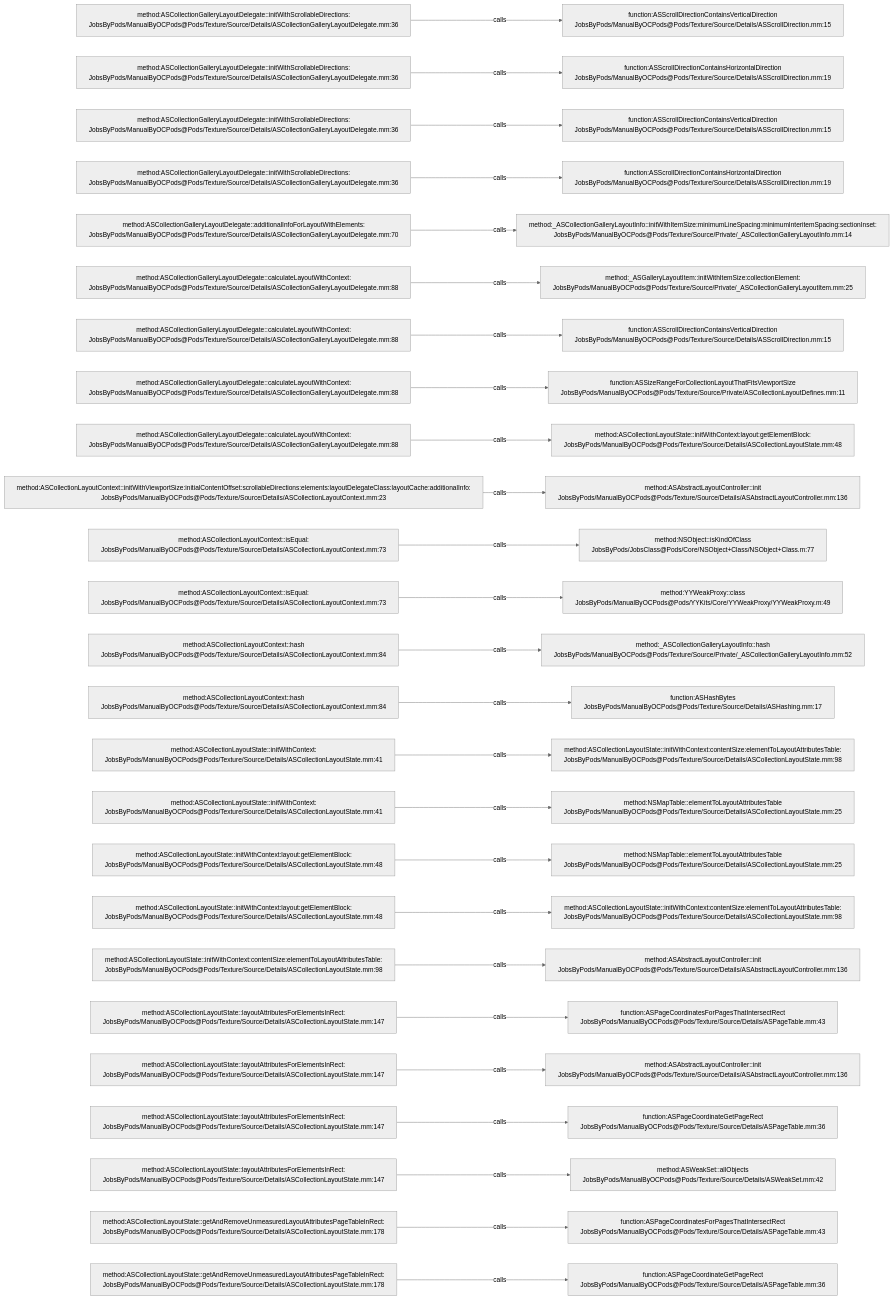
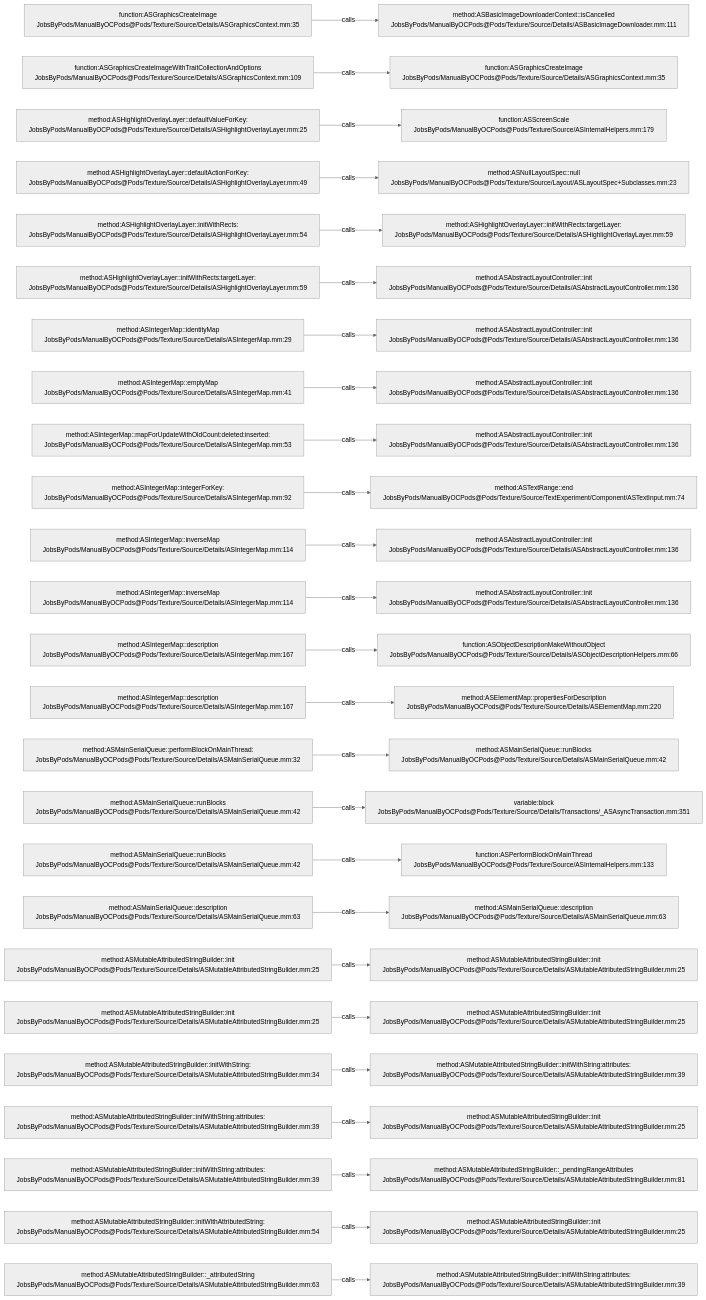
One commit to JobsKits/JobsOCBaseConfigDemo changed the diagram in .codegraph/codegraph.md/graphs/calls-150.md. Above: the diagram before and after it, drawn with Mermaid (neutral theme). The commit also changed 1448 other files, not shown here.

````diff
--- a/.codegraph/codegraph.md/graphs/calls-150.md
+++ b/.codegraph/codegraph.md/graphs/calls-150.md
@@ -13,78 +13,78 @@
 ```mermaid
 flowchart LR
-  S1["method:ASCollectionGalleryLayoutDelegate::initWithScrollableDirections:<br/>JobsByPods/ManualByOCPods@Pods/Texture/Source/Details/ASCollectionGalleryLayoutDelegate.mm:36"]
-  T1["function:ASScrollDirectionContainsVerticalDirection<br/>JobsByPods/ManualByOCPods@Pods/Texture/Source/Details/ASScrollDirection.mm:15"]
+  S1["function:ASGraphicsCreateImage<br/>JobsByPods/ManualByOCPods@Pods/Texture/Source/Details/ASGraphicsContext.mm:35"]
+  T1["method:ASBasicImageDownloaderContext::isCancelled<br/>JobsByPods/ManualByOCPods@Pods/Texture/Source/Details/ASBasicImageDownloader.mm:111"]
   S1 -->|calls| T1
-  S2["method:ASCollectionGalleryLayoutDelegate::initWithScrollableDirections:<br/>JobsByPods/ManualByOCPods@Pods/Texture/Source/Details/ASCollectionGalleryLayoutDelegate.mm:36"]
-  T2["function:ASScrollDirectionContainsHorizontalDirection<br/>JobsByPods/ManualByOCPods@Pods/Texture/Source/Details/ASScrollDirection.mm:19"]
+  S2["function:ASGraphicsCreateImageWithTraitCollectionAndOptions<br/>JobsByPods/ManualByOCPods@Pods/Texture/Source/Details/ASGraphicsContext.mm:109"]
+  T2["function:ASGraphicsCreateImage<br/>JobsByPods/ManualByOCPods@Pods/Texture/Source/Details/ASGraphicsContext.mm:35"]
   S2 -->|calls| T2
-  S3["method:ASCollectionGalleryLayoutDelegate::initWithScrollableDirections:<br/>JobsByPods/ManualByOCPods@Pods/Texture/Source/Details/ASCollectionGalleryLayoutDelegate.mm:36"]
-  T3["function:ASScrollDirectionContainsVerticalDirection<br/>JobsByPods/ManualByOCPods@Pods/Texture/Source/Details/ASScrollDirection.mm:15"]
+  S3["method:ASHighlightOverlayLayer::defaultValueForKey:<br/>JobsByPods/ManualByOCPods@Pods/Texture/Source/Details/ASHighlightOverlayLayer.mm:25"]
+  T3["function:ASScreenScale<br/>JobsByPods/ManualByOCPods@Pods/Texture/Source/ASInternalHelpers.mm:179"]
   S3 -->|calls| T3
-  S4["method:ASCollectionGalleryLayoutDelegate::initWithScrollableDirections:<br/>JobsByPods/ManualByOCPods@Pods/Texture/Source/Details/ASCollectionGalleryLayoutDelegate.mm:36"]
-  T4["function:ASScrollDirectionContainsHorizontalDirection<br/>JobsByPods/ManualByOCPods@Pods/Texture/Source/Details/ASScrollDirection.mm:19"]
+  S4["method:ASHighlightOverlayLayer::defaultActionForKey:<br/>JobsByPods/ManualByOCPods@Pods/Texture/Source/Details/ASHighlightOverlayLayer.mm:49"]
+  T4["method:ASNullLayoutSpec::null<br/>JobsByPods/ManualByOCPods@Pods/Texture/Source/Layout/ASLayoutSpec+Subclasses.mm:23"]
   S4 -->|calls| T4
-  S5["method:ASCollectionGalleryLayoutDelegate::additionalInfoForLayoutWithElements:<br/>JobsByPods/ManualByOCPods@Pods/Texture/Source/Details/ASCollectionGalleryLayoutDelegate.mm:70"]
-  T5["method:_ASCollectionGalleryLayoutInfo::initWithItemSize:minimumLineSpacing:minimumInteritemSpacing:sectionInset:<br/>JobsByPods/ManualByOCPods@Pods/Texture/Source/Private/_ASCollectionGalleryLayoutInfo.mm:14"]
+  S5["method:ASHighlightOverlayLayer::initWithRects:<br/>JobsByPods/ManualByOCPods@Pods/Texture/Source/Details/ASHighlightOverlayLayer.mm:54"]
+  T5["method:ASHighlightOverlayLayer::initWithRects:targetLayer:<br/>JobsByPods/ManualByOCPods@Pods/Texture/Source/Details/ASHighlightOverlayLayer.mm:59"]
   S5 -->|calls| T5
-  S6["method:ASCollectionGalleryLayoutDelegate::calculateLayoutWithContext:<br/>JobsByPods/ManualByOCPods@Pods/Texture/Source/Details/ASCollectionGalleryLayoutDelegate.mm:88"]
-  T6["method:_ASGalleryLayoutItem::initWithItemSize:collectionElement:<br/>JobsByPods/ManualByOCPods@Pods/Texture/Source/Private/_ASCollectionGalleryLayoutItem.mm:25"]
+  S6["method:ASHighlightOverlayLayer::initWithRects:targetLayer:<br/>JobsByPods/ManualByOCPods@Pods/Texture/Source/Details/ASHighlightOverlayLayer.mm:59"]
+  T6["method:ASAbstractLayoutController::init<br/>JobsByPods/ManualByOCPods@Pods/Texture/Source/Details/ASAbstractLayoutController.mm:136"]
   S6 -->|calls| T6
-  S7["method:ASCollectionGalleryLayoutDelegate::calculateLayoutWithContext:<br/>JobsByPods/ManualByOCPods@Pods/Texture/Source/Details/ASCollectionGalleryLayoutDelegate.mm:88"]
-  T7["function:ASScrollDirectionContainsVerticalDirection<br/>JobsByPods/ManualByOCPods@Pods/Texture/Source/Details/ASScrollDirection.mm:15"]
+  S7["method:ASIntegerMap::identityMap<br/>JobsByPods/ManualByOCPods@Pods/Texture/Source/Details/ASIntegerMap.mm:29"]
+  T7["method:ASAbstractLayoutController::init<br/>JobsByPods/ManualByOCPods@Pods/Texture/Source/Details/ASAbstractLayoutController.mm:136"]
   S7 -->|calls| T7
-  S8["method:ASCollectionGalleryLayoutDelegate::calculateLayoutWithContext:<br/>JobsByPods/ManualByOCPods@Pods/Texture/Source/Details/ASCollectionGalleryLayoutDelegate.mm:88"]
-  T8["function:ASSizeRangeForCollectionLayoutThatFitsViewportSize<br/>JobsByPods/ManualByOCPods@Pods/Texture/Source/Private/ASCollectionLayoutDefines.mm:11"]
+  S8["method:ASIntegerMap::emptyMap<br/>JobsByPods/ManualByOCPods@Pods/Texture/Source/Details/ASIntegerMap.mm:41"]
+  T8["method:ASAbstractLayoutController::init<br/>JobsByPods/ManualByOCPods@Pods/Texture/Source/Details/ASAbstractLayoutController.mm:136"]
   S8 -->|calls| T8
-  S9["method:ASCollectionGalleryLayoutDelegate::calculateLayoutWithContext:<br/>JobsByPods/ManualByOCPods@Pods/Texture/Source/Details/ASCollectionGalleryLayoutDelegate.mm:88"]
-  T9["method:ASCollectionLayoutState::initWithContext:layout:getElementBlock:<br/>JobsByPods/ManualByOCPods@Pods/Texture/Source/Details/ASCollectionLayoutState.mm:48"]
+  S9["method:ASIntegerMap::mapForUpdateWithOldCount:deleted:inserted:<br/>JobsByPods/ManualByOCPods@Pods/Texture/Source/Details/ASIntegerMap.mm:53"]
+  T9["method:ASAbstractLayoutController::init<br/>JobsByPods/ManualByOCPods@Pods/Texture/Source/Details/ASAbstractLayoutController.mm:136"]
   S9 -->|calls| T9
-  S10["method:ASCollectionLayoutContext::initWithViewportSize:initialContentOffset:scrollableDirections:elements:layoutDelegateClass:layoutCache:additionalInfo:<br/>JobsByPods/ManualByOCPods@Pods/Texture/Source/Details/ASCollectionLayoutContext.mm:23"]
-  T10["method:ASAbstractLayoutController::init<br/>JobsByPods/ManualByOCPods@Pods/Texture/Source/Details/ASAbstractLayoutController.mm:136"]
+  S10["method:ASIntegerMap::integerForKey:<br/>JobsByPods/ManualByOCPods@Pods/Texture/Source/Details/ASIntegerMap.mm:92"]
+  T10["method:ASTextRange::end<br/>JobsByPods/ManualByOCPods@Pods/Texture/Source/TextExperiment/Component/ASTextInput.mm:74"]
   S10 -->|calls| T10
-  S11["method:ASCollectionLayoutContext::isEqual:<br/>JobsByPods/ManualByOCPods@Pods/Texture/Source/Details/ASCollectionLayoutContext.mm:73"]
-  T11["method:NSObject::isKindOfClass<br/>JobsByPods/JobsClass@Pods/Core/NSObject+Class/NSObject+Class.m:77"]
+  S11["method:ASIntegerMap::inverseMap<br/>JobsByPods/ManualByOCPods@Pods/Texture/Source/Details/ASIntegerMap.mm:114"]
+  T11["method:ASAbstractLayoutController::init<br/>JobsByPods/ManualByOCPods@Pods/Texture/Source/Details/ASAbstractLayoutController.mm:136"]
   S11 -->|calls| T11
-  S12["method:ASCollectionLayoutContext::isEqual:<br/>JobsByPods/ManualByOCPods@Pods/Texture/Source/Details/ASCollectionLayoutContext.mm:73"]
-  T12["method:YYWeakProxy::class<br/>JobsByPods/ManualByOCPods@Pods/YYKits/Core/YYWeakProxy/YYWeakProxy.m:49"]
+  S12["method:ASIntegerMap::inverseMap<br/>JobsByPods/ManualByOCPods@Pods/Texture/Source/Details/ASIntegerMap.mm:114"]
+  T12["method:ASAbstractLayoutController::init<br/>JobsByPods/ManualByOCPods@Pods/Texture/Source/Details/ASAbstractLayoutController.mm:136"]
   S12 -->|calls| T12
-  S13["method:ASCollectionLayoutContext::hash<br/>JobsByPods/ManualByOCPods@Pods/Texture/Source/Details/ASCollectionLayoutContext.mm:84"]
-  T13["method:_ASCollectionGalleryLayoutInfo::hash<br/>JobsByPods/ManualByOCPods@Pods/Texture/Source/Private/_ASCollectionGalleryLayoutInfo.mm:52"]
+  S13["method:ASIntegerMap::description<br/>JobsByPods/ManualByOCPods@Pods/Texture/Source/Details/ASIntegerMap.mm:167"]
+  T13["function:ASObjectDescriptionMakeWithoutObject<br/>JobsByPods/ManualByOCPods@Pods/Texture/Source/Details/ASObjectDescriptionHelpers.mm:66"]
   S13 -->|calls| T13
-  S14["method:ASCollectionLayoutContext::hash<br/>JobsByPods/ManualByOCPods@Pods/Texture/Source/Details/ASCollectionLayoutContext.mm:84"]
-  T14["function:ASHashBytes<br/>JobsByPods/ManualByOCPods@Pods/Texture/Source/Details/ASHashing.mm:17"]
+  S14["method:ASIntegerMap::description<br/>JobsByPods/ManualByOCPods@Pods/Texture/Source/Details/ASIntegerMap.mm:167"]
+  T14["method:ASElementMap::propertiesForDescription<br/>JobsByPods/ManualByOCPods@Pods/Texture/Source/Details/ASElementMap.mm:220"]
   S14 -->|calls| T14
-  S15["method:ASCollectionLayoutState::initWithContext:<br/>JobsByPods/ManualByOCPods@Pods/Texture/Source/Details/ASCollectionLayoutState.mm:41"]
-  T15["method:ASCollectionLayoutState::initWithContext:contentSize:elementToLayoutAttributesTable:<br/>JobsByPods/ManualByOCPods@Pods/Texture/Source/Details/ASCollectionLayoutState.mm:98"]
+  S15["method:ASMainSerialQueue::performBlockOnMainThread:<br/>JobsByPods/ManualByOCPods@Pods/Texture/Source/Details/ASMainSerialQueue.mm:32"]
+  T15["method:ASMainSerialQueue::runBlocks<br/>JobsByPods/ManualByOCPods@Pods/Texture/Source/Details/ASMainSerialQueue.mm:42"]
   S15 -->|calls| T15
-  S16["method:ASCollectionLayoutState::initWithContext:<br/>JobsByPods/ManualByOCPods@Pods/Texture/Source/Details/ASCollectionLayoutState.mm:41"]
-  T16["method:NSMapTable::elementToLayoutAttributesTable<br/>JobsByPods/ManualByOCPods@Pods/Texture/Source/Details/ASCollectionLayoutState.mm:25"]
+  S16["method:ASMainSerialQueue::runBlocks<br/>JobsByPods/ManualByOCPods@Pods/Texture/Source/Details/ASMainSerialQueue.mm:42"]
+  T16["variable:block<br/>JobsByPods/ManualByOCPods@Pods/Texture/Source/Details/Transactions/_ASAsyncTransaction.mm:351"]
   S16 -->|calls| T16
-  S17["method:ASCollectionLayoutState::initWithContext:layout:getElementBlock:<br/>JobsByPods/ManualByOCPods@Pods/Texture/Source/Details/ASCollectionLayoutState.mm:48"]
-  T17["method:NSMapTable::elementToLayoutAttributesTable<br/>JobsByPods/ManualByOCPods@Pods/Texture/Source/Details/ASCollectionLayoutState.mm:25"]
+  S17["method:ASMainSerialQueue::runBlocks<br/>JobsByPods/ManualByOCPods@Pods/Texture/Source/Details/ASMainSerialQueue.mm:42"]
+  T17["function:ASPerformBlockOnMainThread<br/>JobsByPods/ManualByOCPods@Pods/Texture/Source/ASInternalHelpers.mm:133"]
   S17 -->|calls| T17
-  S18["method:ASCollectionLayoutState::initWithContext:layout:getElementBlock:<br/>JobsByPods/ManualByOCPods@Pods/Texture/Source/Details/ASCollectionLayoutState.mm:48"]
-  T18["method:ASCollectionLayoutState::initWithContext:contentSize:elementToLayoutAttributesTable:<br/>JobsByPods/ManualByOCPods@Pods/Texture/Source/Details/ASCollectionLayoutState.mm:98"]
+  S18["method:ASMainSerialQueue::description<br/>JobsByPods/ManualByOCPods@Pods/Texture/Source/Details/ASMainSerialQueue.mm:63"]
+  T18["method:ASMainSerialQueue::description<br/>JobsByPods/ManualByOCPods@Pods/Texture/Source/Details/ASMainSerialQueue.mm:63"]
   S18 -->|calls| T18
-  S19["method:ASCollectionLayoutState::initWithContext:contentSize:elementToLayoutAttributesTable:<br/>JobsByPods/ManualByOCPods@Pods/Texture/Source/Details/ASCollectionLayoutState.mm:98"]
-  T19["method:ASAbstractLayoutController::init<br/>JobsByPods/ManualByOCPods@Pods/Texture/Source/Details/ASAbstractLayoutController.mm:136"]
+  S19["method:ASMutableAttributedStringBuilder::init<br/>JobsByPods/ManualByOCPods@Pods/Texture/Source/Details/ASMutableAttributedStringBuilder.mm:25"]
+  T19["method:ASMutableAttributedStringBuilder::init<br/>JobsByPods/ManualByOCPods@Pods/Texture/Source/Details/ASMutableAttributedStringBuilder.mm:25"]
   S19 -->|calls| T19
-  S20["method:ASCollectionLayoutState::layoutAttributesForElementsInRect:<br/>JobsByPods/ManualByOCPods@Pods/Texture/Source/Details/ASCollectionLayoutState.mm:147"]
-  T20["function:ASPageCoordinatesForPagesThatIntersectRect<br/>JobsByPods/ManualByOCPods@Pods/Texture/Source/Details/ASPageTable.mm:43"]
+  S20["method:ASMutableAttributedStringBuilder::init<br/>JobsByPods/ManualByOCPods@Pods/Texture/Source/Details/ASMutableAttributedStringBuilder.mm:25"]
+  T20["method:ASMutableAttributedStringBuilder::init<br/>JobsByPods/ManualByOCPods@Pods/Texture/Source/Details/ASMutableAttributedStringBuilder.mm:25"]
   S20 -->|calls| T20
-  S21["method:ASCollectionLayoutState::layoutAttributesForElementsInRect:<br/>JobsByPods/ManualByOCPods@Pods/Texture/Source/Details/ASCollectionLayoutState.mm:147"]
-  T21["method:ASAbstractLayoutController::init<br/>JobsByPods/ManualByOCPods@Pods/Texture/Source/Details/ASAbstractLayoutController.mm:136"]
+  S21["method:ASMutableAttributedStringBuilder::initWithString:<br/>JobsByPods/ManualByOCPods@Pods/Texture/Source/Details/ASMutableAttributedStringBuilder.mm:34"]
+  T21["method:ASMutableAttributedStringBuilder::initWithString:attributes:<br/>JobsByPods/ManualByOCPods@Pods/Texture/Source/Details/ASMutableAttributedStringBuilder.mm:39"]
   S21 -->|calls| T21
-  S22["method:ASCollectionLayoutState::layoutAttributesForElementsInRect:<br/>JobsByPods/ManualByOCPods@Pods/Texture/Source/Details/ASCollectionLayoutState.mm:147"]
-  T22["function:ASPageCoordinateGetPageRect<br/>JobsByPods/ManualByOCPods@Pods/Texture/Source/Details/ASPageTable.mm:36"]
+  S22["method:ASMutableAttributedStringBuilder::initWithString:attributes:<br/>JobsByPods/ManualByOCPods@Pods/Texture/Source/Details/ASMutableAttributedStringBuilder.mm:39"]
+  T22["method:ASMutableAttributedStringBuilder::init<br/>JobsByPods/ManualByOCPods@Pods/Texture/Source/Details/ASMutableAttributedStringBuilder.mm:25"]
   S22 -->|calls| T22
-  S23["method:ASCollectionLayoutState::layoutAttributesForElementsInRect:<br/>JobsByPods/ManualByOCPods@Pods/Texture/Source/Details/ASCollectionLayoutState.mm:147"]
-  T23["method:ASWeakSet::allObjects<br/>JobsByPods/ManualByOCPods@Pods/Texture/Source/Details/ASWeakSet.mm:42"]
+  S23["method:ASMutableAttributedStringBuilder::initWithString:attributes:<br/>JobsByPods/ManualByOCPods@Pods/Texture/Source/Details/ASMutableAttributedStringBuilder.mm:39"]
+  T23["method:ASMutableAttributedStringBuilder::_pendingRangeAttributes<br/>JobsByPods/ManualByOCPods@Pods/Texture/Source/Details/ASMutableAttributedStringBuilder.mm:81"]
   S23 -->|calls| T23
-  S24["method:ASCollectionLayoutState::getAndRemoveUnmeasuredLayoutAttributesPageTableInRect:<br/>JobsByPods/ManualByOCPods@Pods/Texture/Source/Details/ASCollectionLayoutState.mm:178"]
-  T24["function:ASPageCoordinatesForPagesThatIntersectRect<br/>JobsByPods/ManualByOCPods@Pods/Texture/Source/Details/ASPageTable.mm:43"]
+  S24["method:ASMutableAttributedStringBuilder::initWithAttributedString:<br/>JobsByPods/ManualByOCPods@Pods/Texture/Source/Details/ASMutableAttributedStringBuilder.mm:54"]
+  T24["method:ASMutableAttributedStringBuilder::init<br/>JobsByPods/ManualByOCPods@Pods/Texture/Source/Details/ASMutableAttributedStringBuilder.mm:25"]
   S24 -->|calls| T24
-  S25["method:ASCollectionLayoutState::getAndRemoveUnmeasuredLayoutAttributesPageTableInRect:<br/>JobsByPods/ManualByOCPods@Pods/Texture/Source/Details/ASCollectionLayoutState.mm:178"]
-  T25["function:ASPageCoordinateGetPageRect<br/>JobsByPods/ManualByOCPods@Pods/Texture/Source/Details/ASPageTable.mm:36"]
+  S25["method:ASMutableAttributedStringBuilder::_attributedString<br/>JobsByPods/ManualByOCPods@Pods/Texture/Source/Details/ASMutableAttributedStringBuilder.mm:63"]
+  T25["method:ASMutableAttributedStringBuilder::initWithString:attributes:<br/>JobsByPods/ManualByOCPods@Pods/Texture/Source/Details/ASMutableAttributedStringBuilder.mm:39"]
   S25 -->|calls| T25
 ```
````
